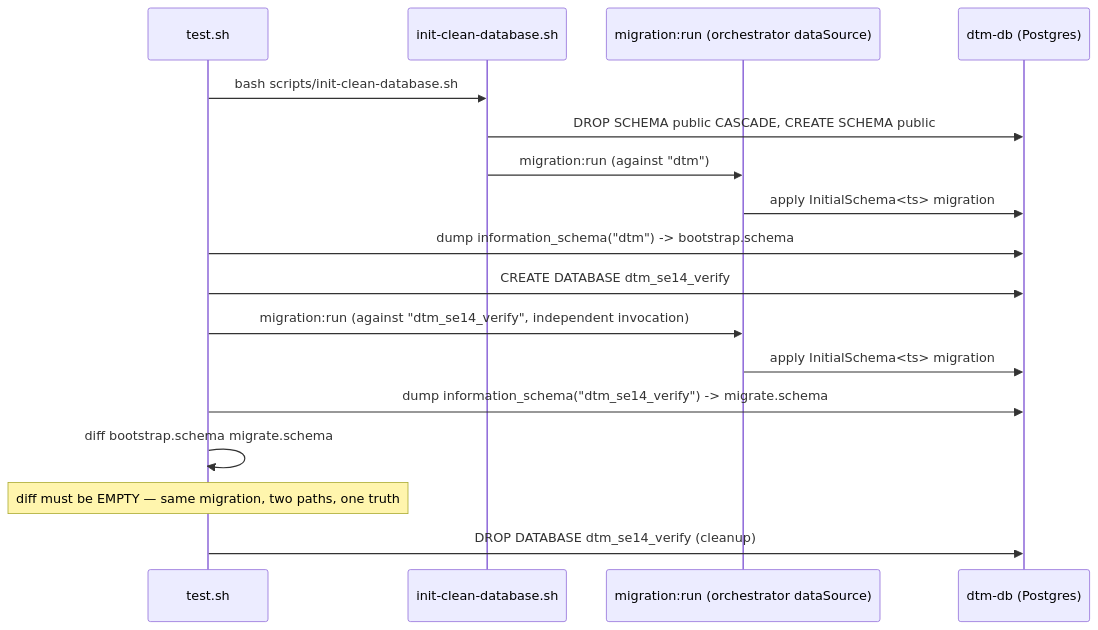
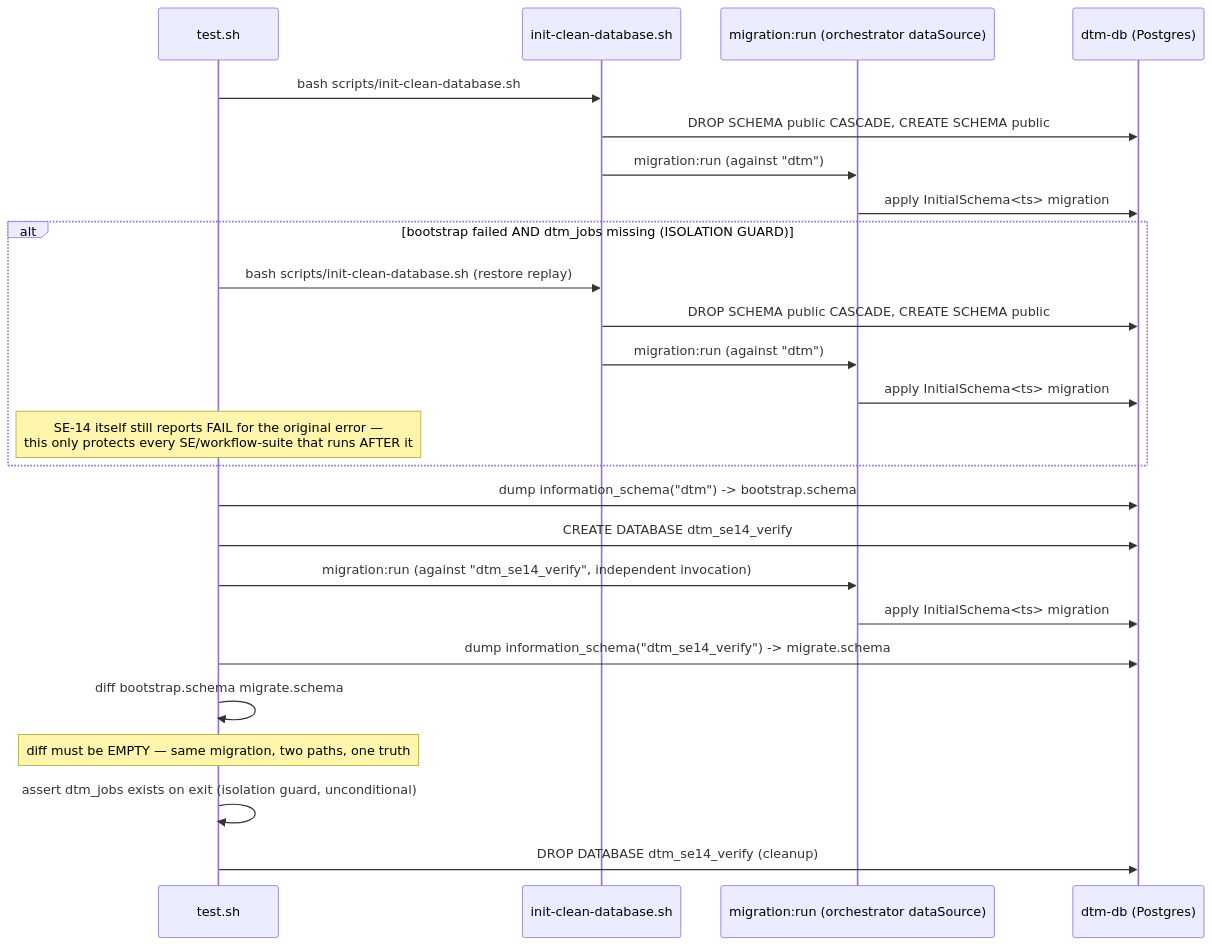
Before and after one commit to inctasoft/setpoint-evals-dtm-examples: the diagram in setpoint-evals/SE-14-schema-single-source/README.md, drawn with Mermaid. The commit also changed other lines of this file and 1 other file, not shown here.

````diff
--- a/setpoint-evals/SE-14-schema-single-source/README.md
+++ b/setpoint-evals/SE-14-schema-single-source/README.md
@@ -22,22 +22,30 @@
 ```mermaid
 sequenceDiagram
     participant T as test.sh
     participant Boot as init-clean-database.sh
     participant M as migration:run (orchestrator dataSource)
     participant DB as dtm-db (Postgres)
 
     T->>Boot: bash scripts/init-clean-database.sh
     Boot->>DB: DROP SCHEMA public CASCADE, CREATE SCHEMA public
     Boot->>M: migration:run  (against "dtm")
     M->>DB: apply InitialSchema<ts> migration
+    alt bootstrap failed AND dtm_jobs missing (ISOLATION GUARD)
+        T->>Boot: bash scripts/init-clean-database.sh (restore replay)
+        Boot->>DB: DROP SCHEMA public CASCADE, CREATE SCHEMA public
+        Boot->>M: migration:run  (against "dtm")
+        M->>DB: apply InitialSchema<ts> migration
+        Note over T: SE-14 itself still reports FAIL for the original error —<br/>this only protects every SE/workflow-suite that runs AFTER it
+    end
     T->>DB: dump information_schema("dtm")  -> bootstrap.schema
 
     T->>DB: CREATE DATABASE dtm_se14_verify
     T->>M: migration:run  (against "dtm_se14_verify", independent invocation)
     M->>DB: apply InitialSchema<ts> migration
     T->>DB: dump information_schema("dtm_se14_verify")  -> migrate.schema
 
     T->>T: diff bootstrap.schema migrate.schema
     Note over T: diff must be EMPTY — same migration, two paths, one truth
+    T->>T: assert dtm_jobs exists on exit (isolation guard, unconditional)
     T->>DB: DROP DATABASE dtm_se14_verify (cleanup)
 ```
````
